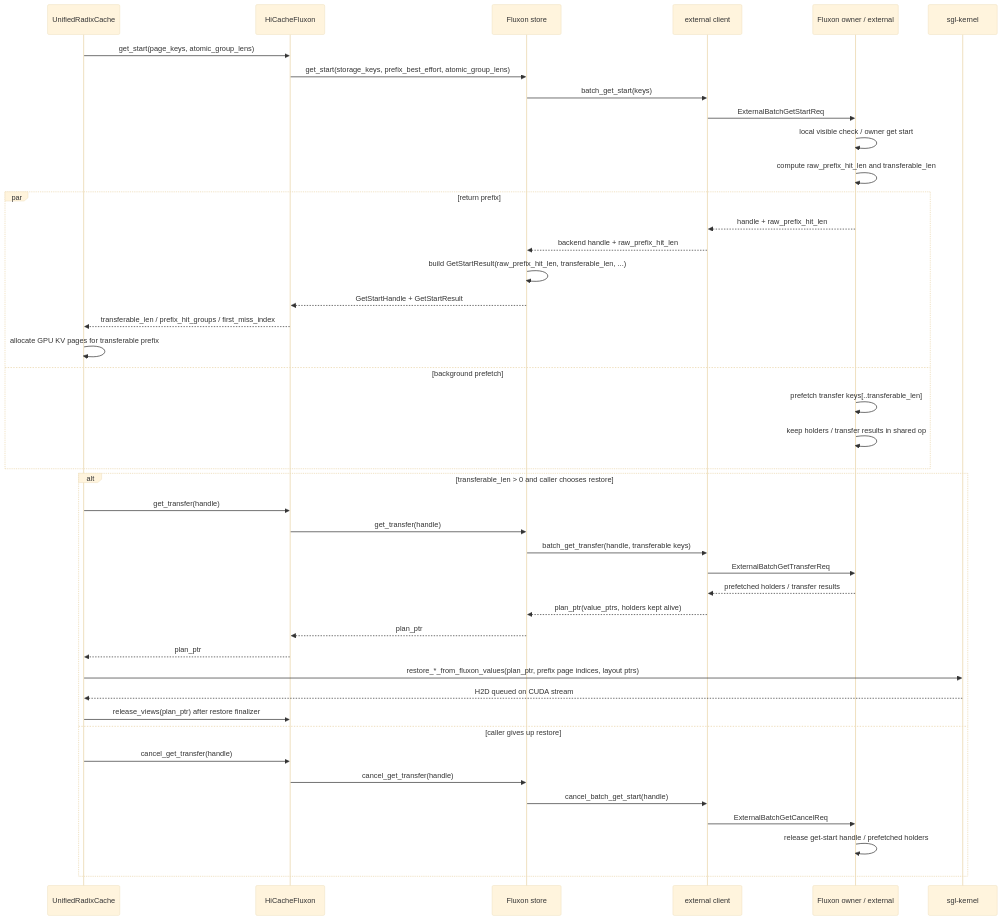
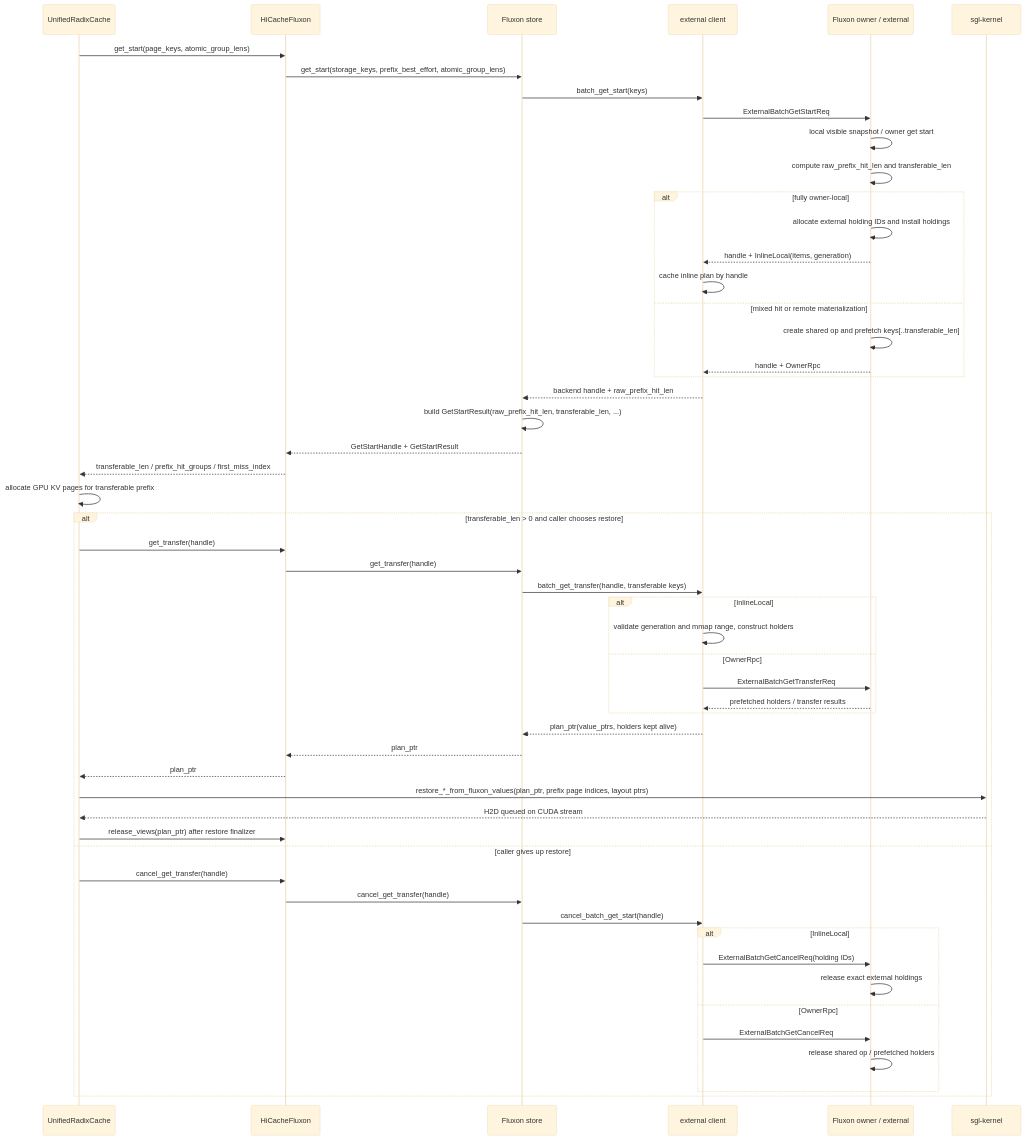
The fourth of 7 diagrams in fluxon_doc_cn/design/sglang_fluxon_kv集成设计.md (Tele-AI/Fluxon), drawn with Mermaid (base theme) before and after one commit. The commit also changed other lines of this file and 44 other files, not shown here.

````diff
--- a/fluxon_doc_cn/design/sglang_fluxon_kv集成设计.md
+++ b/fluxon_doc_cn/design/sglang_fluxon_kv集成设计.md
@@ -346,46 +443,57 @@
 ```mermaid
 sequenceDiagram
     participant U as UnifiedRadixCache
     participant B as HiCacheFluxon
     participant F as Fluxon store
     participant E as external client
     participant O as Fluxon owner / external
     participant K as sgl-kernel
 
     U->>B: get_start(page_keys, atomic_group_lens)
     B->>F: get_start(storage_keys, prefix_best_effort, atomic_group_lens)
     F->>E: batch_get_start(keys)
     E->>O: ExternalBatchGetStartReq
-    O->>O: local visible check / owner get start
+    O->>O: local visible snapshot / owner get start
     O->>O: compute raw_prefix_hit_len and transferable_len
-    par return prefix
-        O-->>E: handle + raw_prefix_hit_len
-        E-->>F: backend handle + raw_prefix_hit_len
-        F->>F: build GetStartResult(raw_prefix_hit_len, transferable_len, ...)
-        F-->>B: GetStartHandle + GetStartResult
-        B-->>U: transferable_len / prefix_hit_groups / first_miss_index
-        U->>U: allocate GPU KV pages for transferable prefix
-    and background prefetch
-        O->>O: prefetch transfer keys[..transferable_len]
-        O->>O: keep holders / transfer results in shared op
+    alt fully owner-local
+        O->>O: allocate external holding IDs and install holdings
+        O-->>E: handle + InlineLocal(items, generation)
+        E->>E: cache inline plan by handle
+    else mixed hit or remote materialization
+        O->>O: create shared op and prefetch keys[..transferable_len]
+        O-->>E: handle + OwnerRpc
     end
+    E-->>F: backend handle + raw_prefix_hit_len
+    F->>F: build GetStartResult(raw_prefix_hit_len, transferable_len, ...)
+    F-->>B: GetStartHandle + GetStartResult
+    B-->>U: transferable_len / prefix_hit_groups / first_miss_index
+    U->>U: allocate GPU KV pages for transferable prefix
     alt transferable_len > 0 and caller chooses restore
         U->>B: get_transfer(handle)
         B->>F: get_transfer(handle)
         F->>E: batch_get_transfer(handle, transferable keys)
-        E->>O: ExternalBatchGetTransferReq
-        O-->>E: prefetched holders / transfer results
+        alt InlineLocal
+            E->>E: validate generation and mmap range, construct holders
+        else OwnerRpc
+            E->>O: ExternalBatchGetTransferReq
+            O-->>E: prefetched holders / transfer results
+        end
         E-->>F: plan_ptr(value_ptrs, holders kept alive)
         F-->>B: plan_ptr
         B-->>U: plan_ptr
         U->>K: restore_*_from_fluxon_values(plan_ptr, prefix page indices, layout ptrs)
         K-->>U: H2D queued on CUDA stream
         U->>B: release_views(plan_ptr) after restore finalizer
     else caller gives up restore
         U->>B: cancel_get_transfer(handle)
         B->>F: cancel_get_transfer(handle)
         F->>E: cancel_batch_get_start(handle)
-        E->>O: ExternalBatchGetCancelReq
-        O->>O: release get-start handle / prefetched holders
+        alt InlineLocal
+            E->>O: ExternalBatchGetCancelReq(holding IDs)
+            O->>O: release exact external holdings
+        else OwnerRpc
+            E->>O: ExternalBatchGetCancelReq
+            O->>O: release shared op / prefetched holders
+        end
     end
 ```
````
